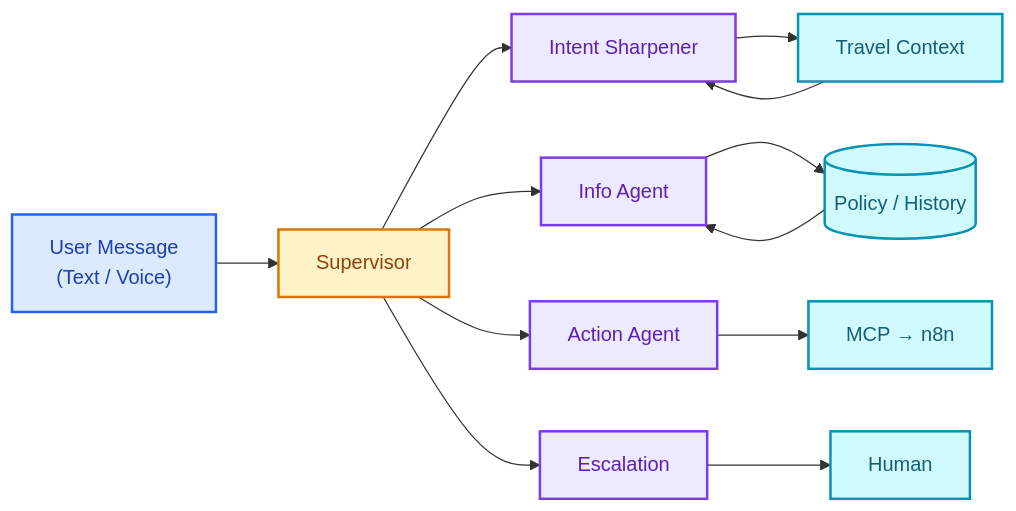
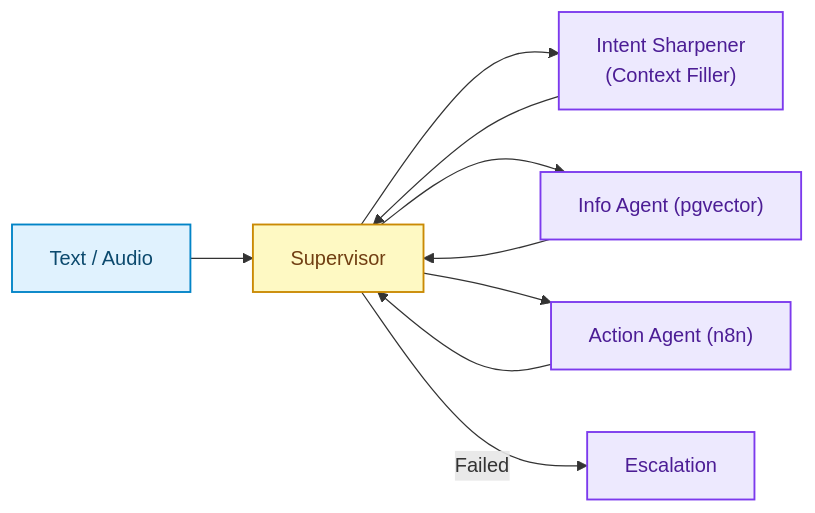
Before and after one commit to KadirGokdeniz/ActionFlow: the diagram in README.md, drawn with Mermaid.

Commit message:
Revise flowchart and class definitions in README
Updated flowchart and class definitions in README.

````diff
--- a/README.md
+++ b/README.md
@@ -82,29 +82,27 @@
 ```mermaid
 flowchart LR
-    INPUT["User Message<br/>(Text / Voice)"] --> SUP["Supervisor"]
+    INPUT["Text / Audio"] --> SUP["Supervisor"]
 
-    SUP --> SHARP["Intent Sharpener"]
-    SHARP --> TravelCon["Travel Context"]
-    TravelCon -->SHARP
-    SUP --> INFO["Info Agent"]
-    SUP --> ACT["Action Agent"]
-    SUP --> ESC["Escalation"]
+    SUP --> SHARP["Intent Sharpener<br/>(Context Filler)"]
+    SHARP --> SUP
 
-    INFO --> DB[("Policy / History")]
-    DB --> INFO
-    ACT --> MCP["MCP → n8n"]
-    ESC --> HUM["Human"]
+    SUP --> INFO["Info Agent (pgvector)"]
+    INFO --> SUP
 
-    classDef input fill:#dbeafe,stroke:#2563eb,stroke-width:2px,color:#1e40af
-    classDef core fill:#fef3c7,stroke:#d97706,stroke-width:2px,color:#92400e
-    classDef agent fill:#ede9fe,stroke:#7c3aed,stroke-width:2px,color:#5b21b6
-    classDef tool fill:#cffafe,stroke:#0891b2,stroke-width:2px,color:#155e75
-    classDef output fill:#d1fae5,stroke:#059669,stroke-width:2px,color:#065f46
+    SUP --> ACT["Action Agent (n8n)"]
+    ACT --> SUP
+
+    SUP -->| Failed| ESC["Escalation"]
+
+    classDef input fill:#e0f2fe,stroke:#0284c7,stroke-width:1.5px,color:#0c4a6e
+    classDef routing fill:#fef9c3,stroke:#ca8a04,stroke-width:1.5px,color:#713f12
+    classDef agent fill:#ede9fe,stroke:#7c3aed,stroke-width:1.5px,color:#4c1d95
+    classDef tool fill:#cffafe,stroke:#0891b2,stroke-width:1.5px,color:#155e75
+    classDef output fill:#dcfce7,stroke:#16a34a,stroke-width:1.5px,color:#14532d
 
     class INPUT input
-    class SUP core
+    class SUP routing
     class SHARP,INFO,ACT,ESC agent
-    class DB,MCP,HUM,TravelCon tool
-    class OUT output
-
+    class DB,MCP,HUM tool
+    class OUT1,OUT2,OUT3 output
 ```
````
